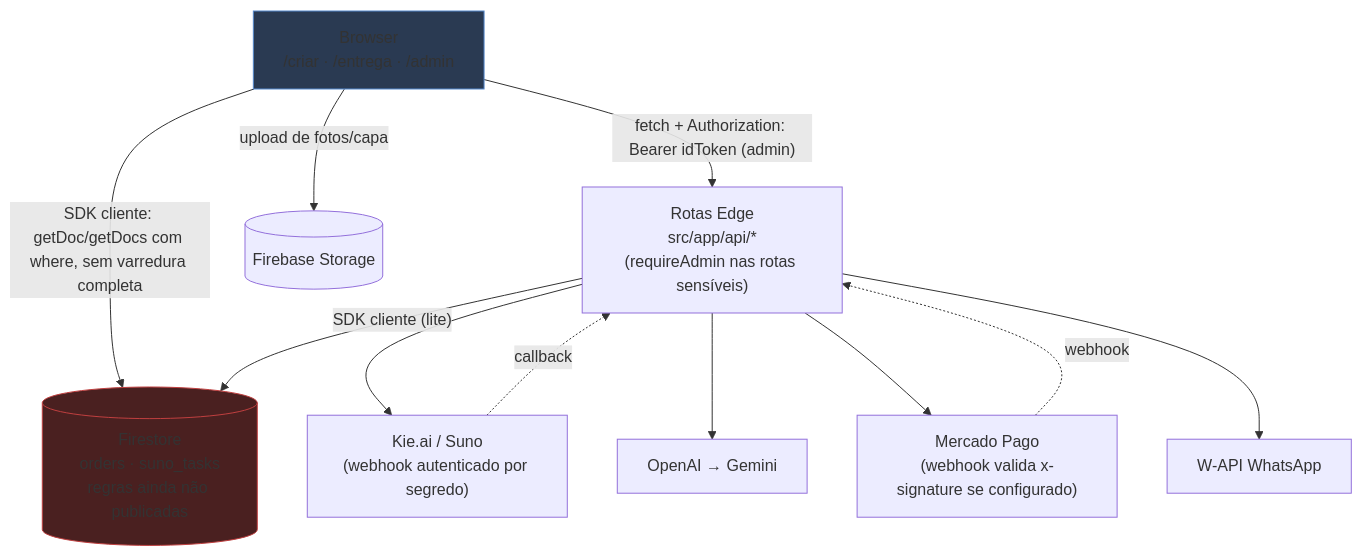
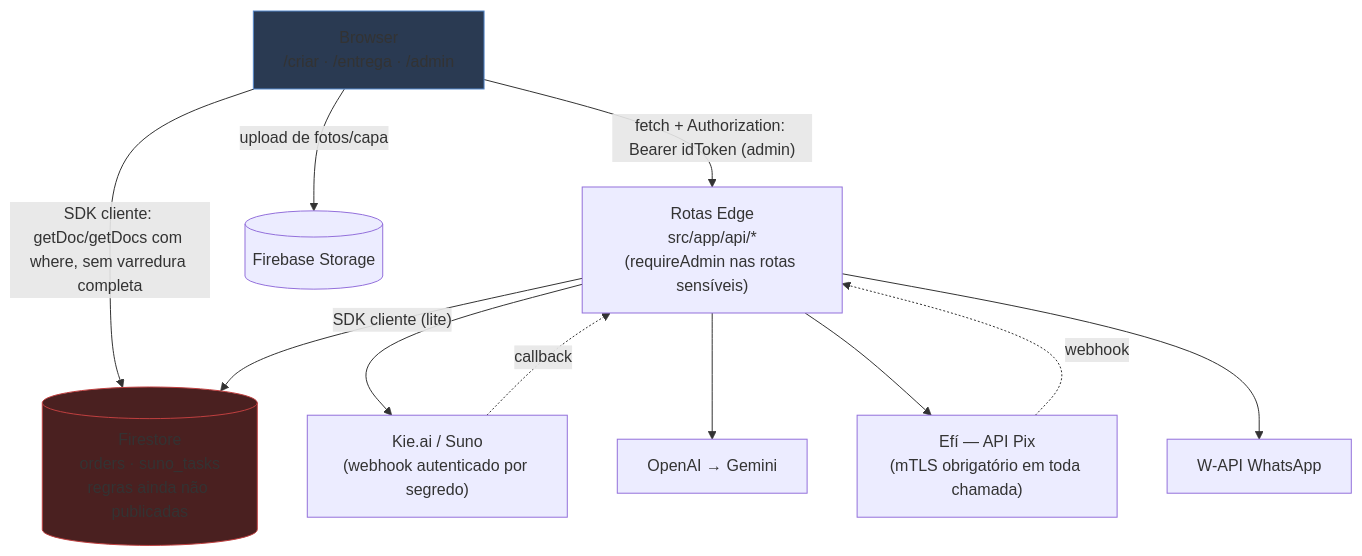
The diagram in docs/ARCHITECTURE.md (nsnexus/nsmusic-), drawn with Mermaid before and after one commit. The commit also changed other lines of this file and 43 other files, not shown here.

First line of the commit message:
Finaliza migração Mercado Pago -> Efí e corrige bugs achados em teste ponta a ponta

````diff
--- a/docs/ARCHITECTURE.md
+++ b/docs/ARCHITECTURE.md
@@ -21,23 +21,23 @@
 ```mermaid
 graph TD
     B["Browser<br/>/criar · /entrega · /admin"]
     E["Rotas Edge<br/>src/app/api/*<br/>(requireAdmin nas rotas sensíveis)"]
     FS[("Firestore<br/>orders · suno_tasks<br/>regras ainda não publicadas")]
     ST[("Firebase Storage")]
 
     B -->|"fetch + Authorization: Bearer idToken (admin)"| E
     B -->|"SDK cliente: getDoc/getDocs com where, sem varredura completa"| FS
     B -->|"upload de fotos/capa"| ST
     E -->|"SDK cliente (lite)"| FS
 
     E --> KIE["Kie.ai / Suno<br/>(webhook autenticado por segredo)"]
     E --> AI["OpenAI → Gemini"]
-    E --> MP["Mercado Pago<br/>(webhook valida x-signature se configurado)"]
+    E --> EFI["Efí — API Pix<br/>(mTLS obrigatório em toda chamada)"]
     E --> WA["W-API WhatsApp"]
 
     KIE -.->|"callback"| E
-    MP -.->|"webhook"| E
+    EFI -.->|"webhook"| E
 
     style FS fill:#4a2020,stroke:#c04040
     style B fill:#2a3a52,stroke:#5588cc
 ```
````
